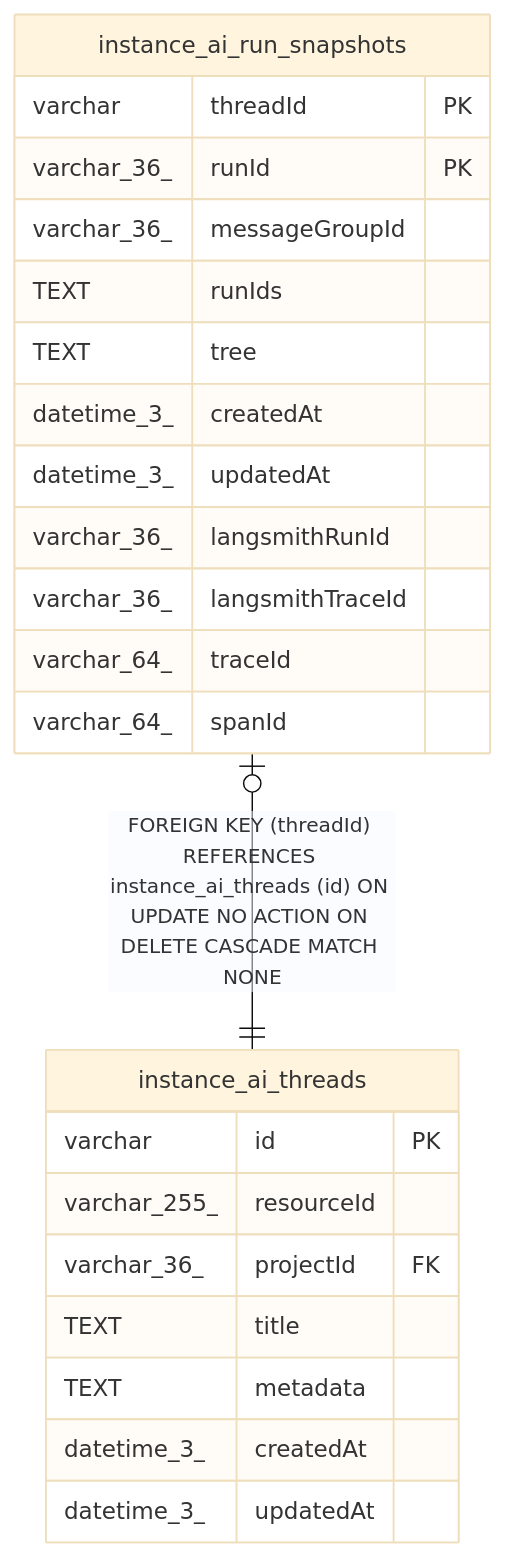
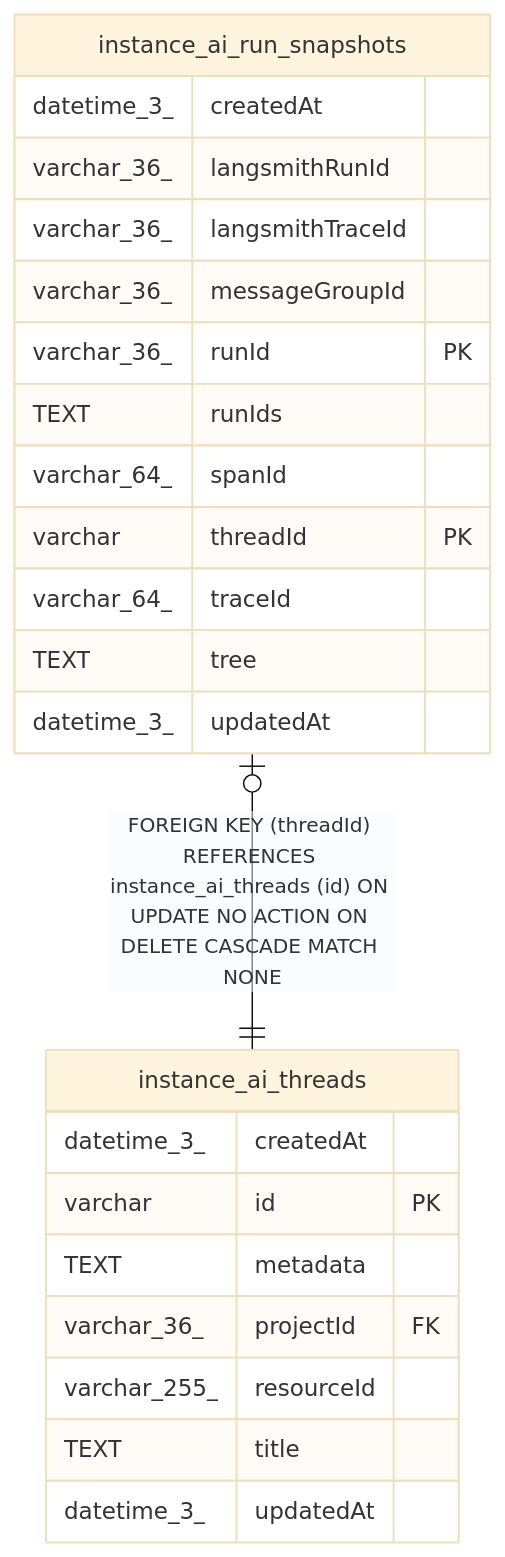
One commit to mayankjain1815-commits/n8n changed the diagram in docs/generated/sqlite-schema/instance_ai_run_snapshots.md. Above: the diagram before and after it, drawn with Mermaid (base theme). The commit also changed other lines of this file and 221 other files, not shown here.

Commit message:
chore(core): Make DB schema docs generation deterministic (#32373)

````diff
--- a/docs/generated/sqlite-schema/instance_ai_run_snapshots.md
+++ b/docs/generated/sqlite-schema/instance_ai_run_snapshots.md
@@ -49,28 +49,28 @@
 ```mermaid
 erDiagram
 
 "instance_ai_run_snapshots" |o--|| "instance_ai_threads" : "FOREIGN KEY (threadId) REFERENCES instance_ai_threads (id) ON UPDATE NO ACTION ON DELETE CASCADE MATCH NONE"
 
 "instance_ai_run_snapshots" {
-  varchar threadId PK
-  varchar_36_ runId PK
-  varchar_36_ messageGroupId
-  TEXT runIds
-  TEXT tree
   datetime_3_ createdAt
-  datetime_3_ updatedAt
   varchar_36_ langsmithRunId
   varchar_36_ langsmithTraceId
+  varchar_36_ messageGroupId
+  varchar_36_ runId PK
+  TEXT runIds
+  varchar_64_ spanId
+  varchar threadId PK
   varchar_64_ traceId
-  varchar_64_ spanId
+  TEXT tree
+  datetime_3_ updatedAt
 }
 "instance_ai_threads" {
+  datetime_3_ createdAt
   varchar id PK
+  TEXT metadata
+  varchar_36_ projectId FK
   varchar_255_ resourceId
-  varchar_36_ projectId FK
   TEXT title
-  TEXT metadata
-  datetime_3_ createdAt
   datetime_3_ updatedAt
 }
 ```
````
